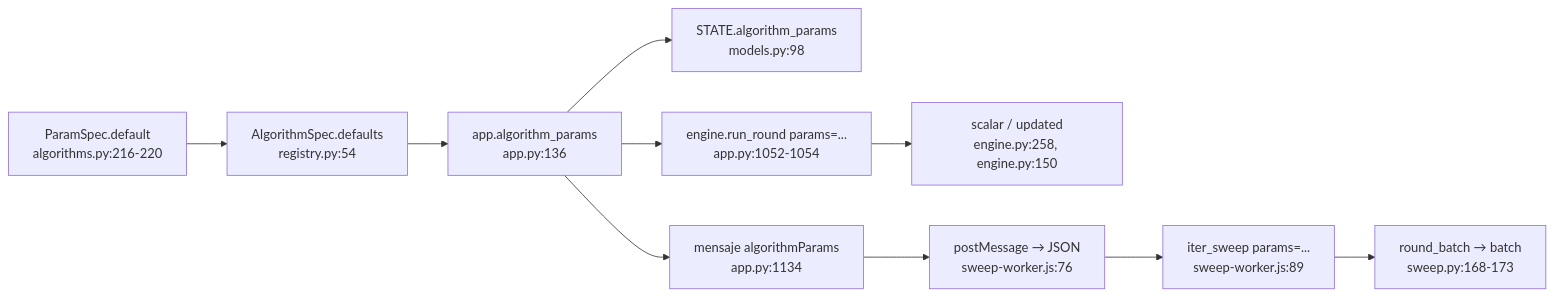
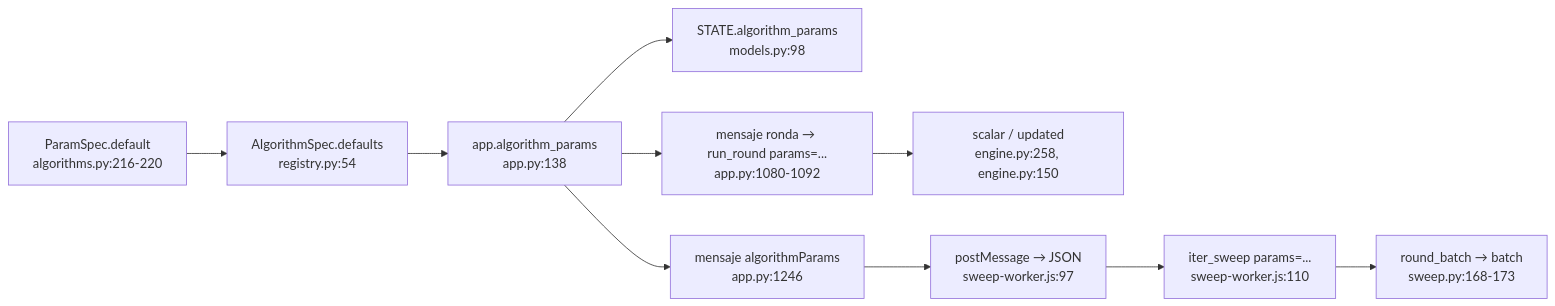
One commit to Rou-uu/consenso-simulador changed the fourth of 7 diagrams in docs/06-registro-algoritmos.md. Above: the diagram before and after it, drawn with Mermaid. The commit also changed other lines of this file and 14 other files, not shown here.

````diff
--- a/docs/06-registro-algoritmos.md
+++ b/docs/06-registro-algoritmos.md
@@ -488,12 +488,12 @@
 ```mermaid
 flowchart LR
     A["ParamSpec.default<br/>algorithms.py:216-220"] --> B["AlgorithmSpec.defaults<br/>registry.py:54"]
-    B --> C["app.algorithm_params<br/>app.py:136"]
+    B --> C["app.algorithm_params<br/>app.py:138"]
     C --> D["STATE.algorithm_params<br/>models.py:98"]
-    C --> E["engine.run_round params=...<br/>app.py:1052-1054"]
-    C --> F["mensaje algorithmParams<br/>app.py:1134"]
+    C --> E["mensaje ronda → run_round params=...<br/>app.py:1080-1092"]
+    C --> F["mensaje algorithmParams<br/>app.py:1246"]
     E --> G["scalar / updated<br/>engine.py:258, engine.py:150"]
-    F --> H["postMessage → JSON<br/>sweep-worker.js:76"]
-    H --> I["iter_sweep params=...<br/>sweep-worker.js:89"]
+    F --> H["postMessage → JSON<br/>sweep-worker.js:97"]
+    H --> I["iter_sweep params=...<br/>sweep-worker.js:110"]
     I --> J["round_batch → batch<br/>sweep.py:168-173"]
 ```
````
